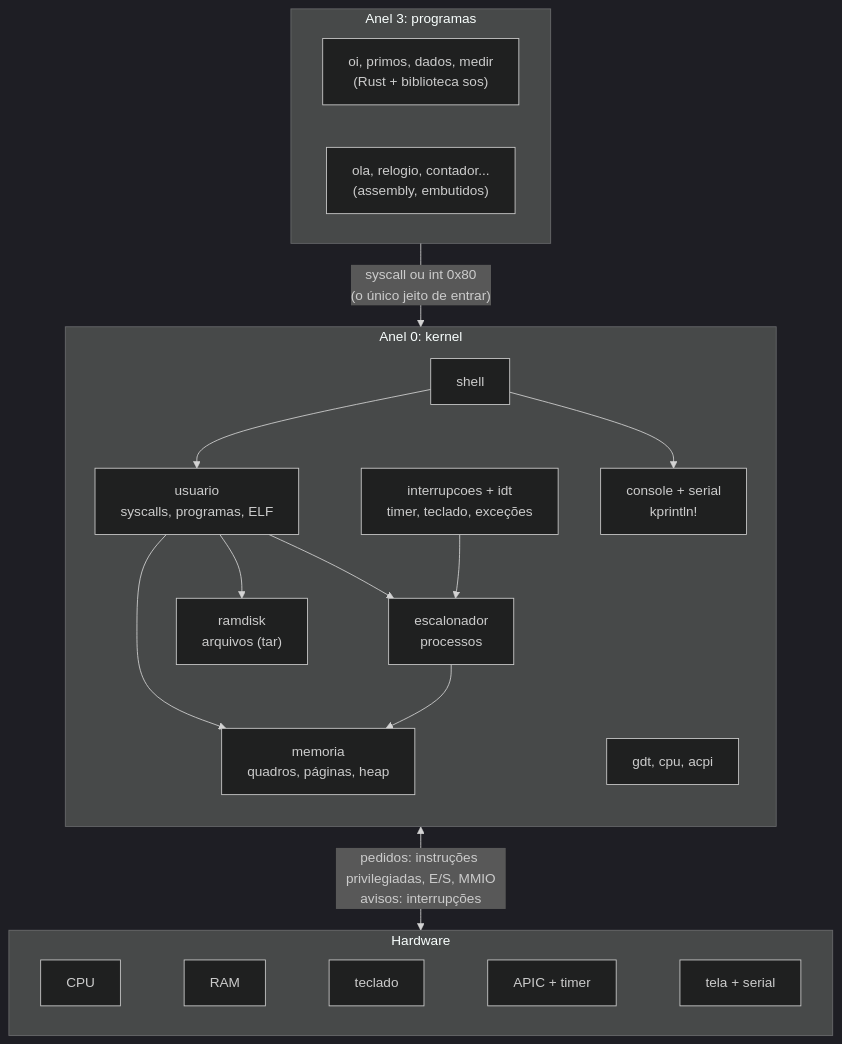
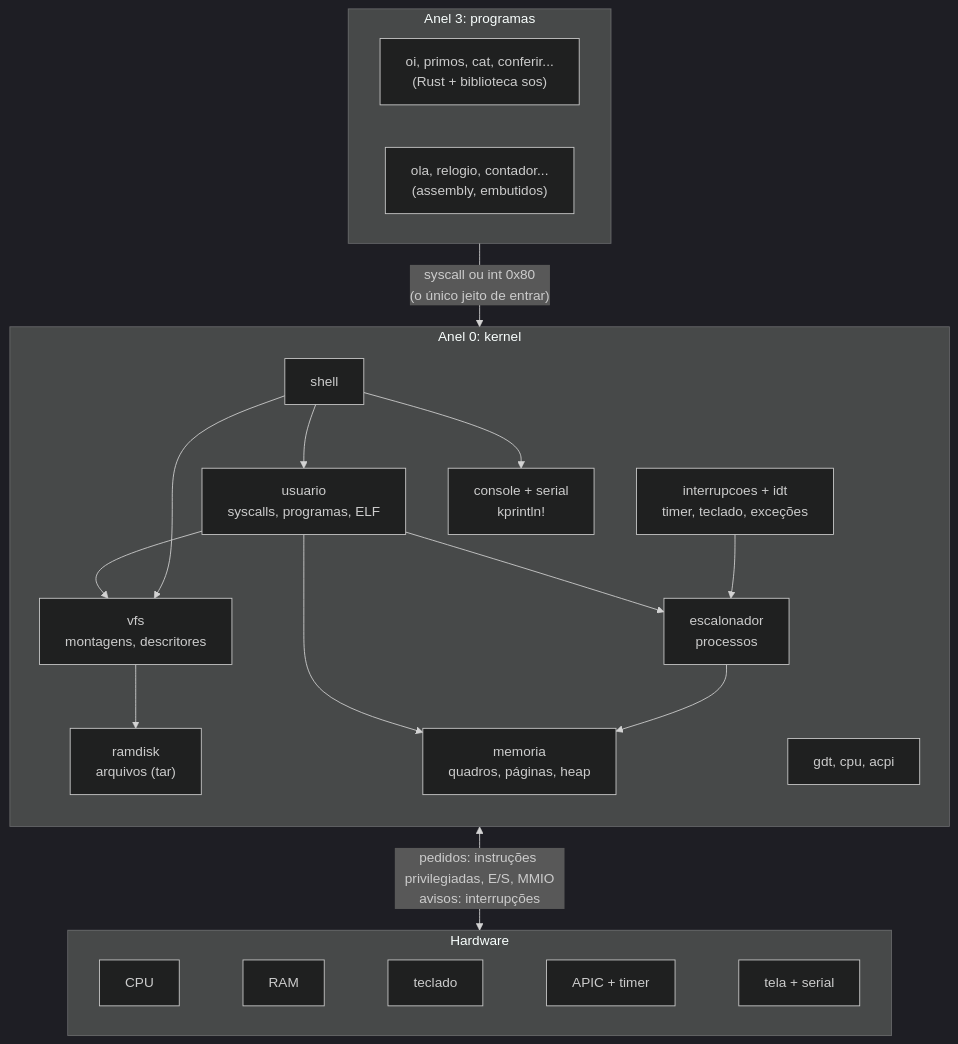
The first of 9 diagrams in docs/mapa.md (moises-dev-git/siliconOS), drawn with Mermaid (dark theme) before and after one commit. The commit also changed other lines of this file and 30 other files, not shown here.

First line of the commit message:
VFS, descritores e as syscalls abrir/ler/fechar (doc 17)

````diff
--- a/docs/mapa.md
+++ b/docs/mapa.md
@@ -35,28 +35,30 @@
 ```mermaid
 flowchart TB
     subgraph U["Anel 3: programas"]
         direction LR
-        P1["oi, primos, dados, medir<br/>(Rust + biblioteca sos)"]
+        P1["oi, primos, cat, conferir...<br/>(Rust + biblioteca sos)"]
         P2["ola, relogio, contador...<br/>(assembly, embutidos)"]
     end
 
     subgraph K["Anel 0: kernel"]
         direction TB
         SH["shell"] --> US["usuario<br/>syscalls, programas, ELF"]
         US --> ESC["escalonador<br/>processos"]
-        US --> RD["ramdisk<br/>arquivos (tar)"]
+        US --> VFS["vfs<br/>montagens, descritores"]
+        SH --> VFS
+        VFS --> RD["ramdisk<br/>arquivos (tar)"]
         US --> MEM["memoria<br/>quadros, páginas, heap"]
         ESC --> MEM
         INT["interrupcoes + idt<br/>timer, teclado, exceções"] --> ESC
         SH --> SAI["console + serial<br/>kprintln!"]
         CPU["gdt, cpu, acpi"]
     end
 
     subgraph H["Hardware"]
         direction LR
         HC["CPU"] ~~~ HM["RAM"] ~~~ HT["teclado"] ~~~ HA["APIC + timer"] ~~~ HV["tela + serial"]
     end
 
     U -- "syscall ou int 0x80<br/>(o único jeito de entrar)" --> K
     K <-- "pedidos: instruções privilegiadas, E/S, MMIO<br/>avisos: interrupções" --> H
 ```
````
